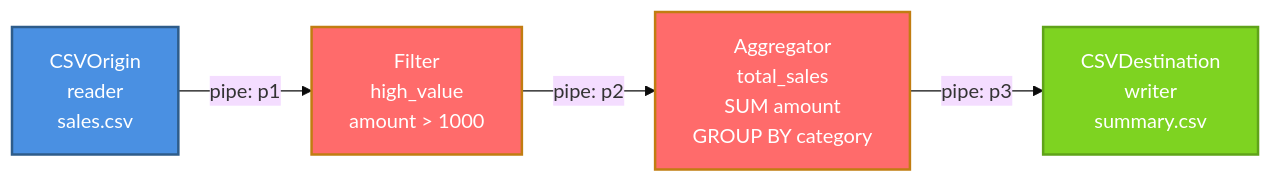
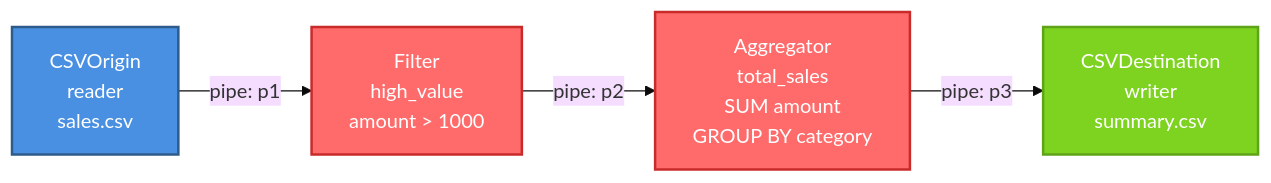
Before and after one commit to bernardo-colorado-dubois/open-stage: the second of 4 diagrams in README.md, drawn with Mermaid (base theme).

Commit message:
agregando diagramas en ejemplos de markdown

````diff
--- a/README.md
+++ b/README.md
@@ -226,15 +226,15 @@
 ```mermaid
 graph LR
     A[CSVOrigin<br/>reader<br/>sales.csv] -->|pipe: p1| B[Filter<br/>high_value<br/>amount > 1000]
     B -->|pipe: p2| C[Aggregator<br/>total_sales<br/>SUM amount<br/>GROUP BY category]
     C -->|pipe: p3| D[CSVDestination<br/>writer<br/>summary.csv]
     
     style A fill:#4A90E2,stroke:#2E5C8A,stroke-width:2px,color:#fff
-    style B fill:#FF6B6B,stroke:#C17D11,stroke-width:2px,color:#fff
-    style C fill:#FF6B6B,stroke:#C17D11,stroke-width:2px,color:#fff
+    style B fill:#FF6B6B,stroke:#C92A2A,stroke-width:2px,color:#fff
+    style C fill:#FF6B6B,stroke:#C92A2A,stroke-width:2px,color:#fff
     style D fill:#7ED321,stroke:#5FA319,stroke-width:2px,color:#fff
     
     classDef origin fill:#4A90E2,stroke:#2E5C8A,stroke-width:2px,color:#fff
-    classDef transformer fill:#FF6B6B,stroke:#C17D11,stroke-width:2px,color:#fff
+    classDef transformer fill:#FF6B6B,stroke:#C92A2A,stroke-width:2px,color:#fff
     classDef destination fill:#7ED321,stroke:#5FA319,stroke-width:2px,color:#fff
 ```
````
